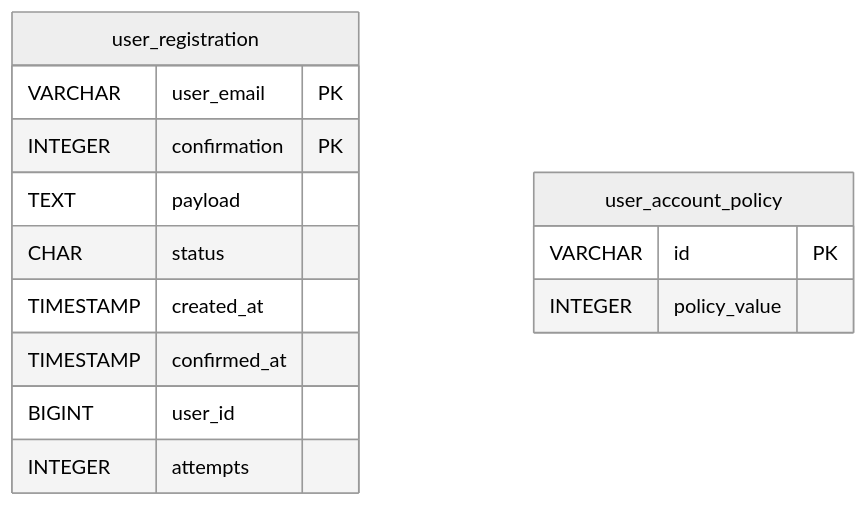
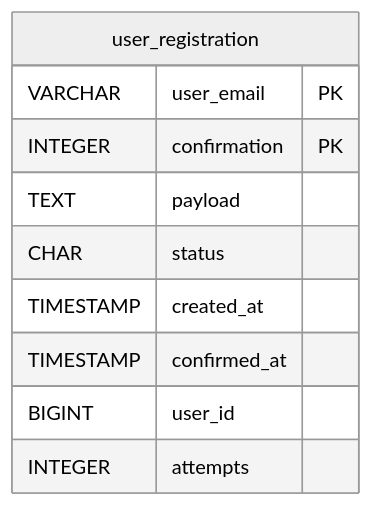
Before and after one commit to nauticana/keel: the sixth of 20 diagrams in DB.md, drawn with Mermaid (neutral theme). The commit also changed other lines of this file and 52 other files, not shown here.

````diff
--- a/DB.md
+++ b/DB.md
@@ -413,18 +414,14 @@
 ```mermaid
 erDiagram
     user_registration {
         VARCHAR user_email PK
         INTEGER confirmation PK
         TEXT payload
         CHAR status
         TIMESTAMP created_at
         TIMESTAMP confirmed_at
         BIGINT user_id
         INTEGER attempts
     }
-    user_account_policy {
-        VARCHAR id PK
-        INTEGER policy_value
-    }
 
 ```
````
